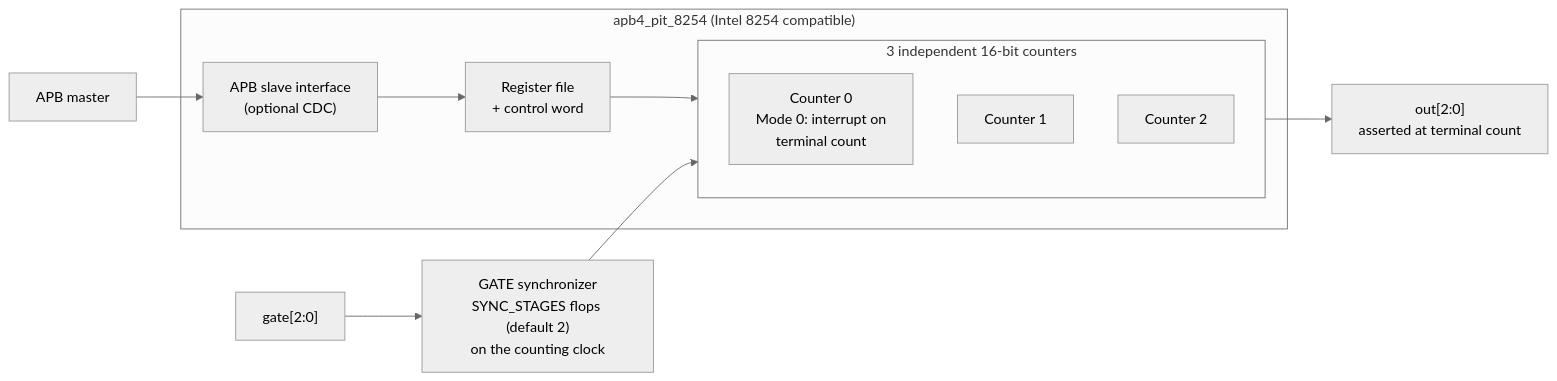
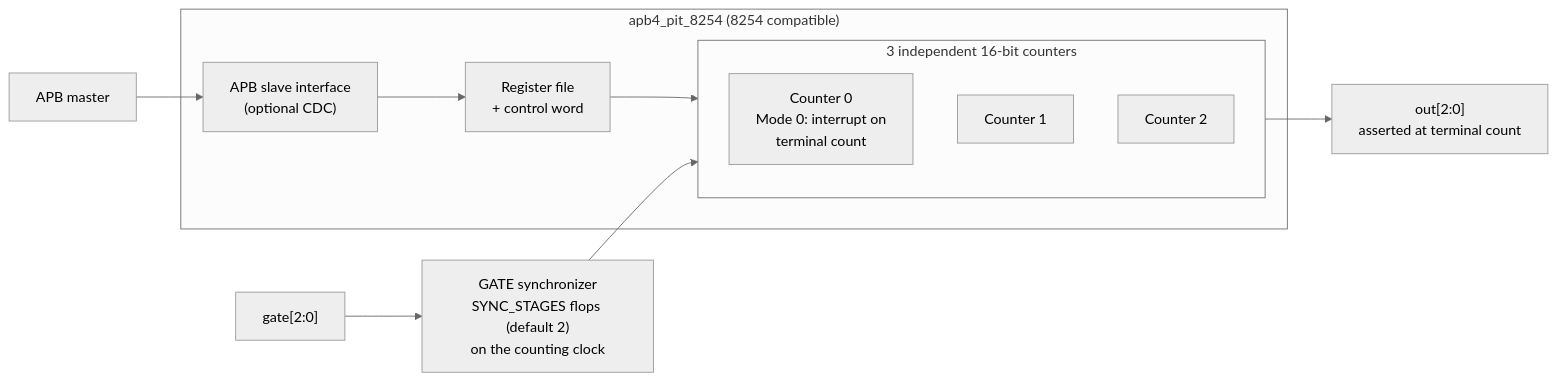
Before and after one commit to sean-galloway/RTLDesignSherpa: the diagram in projects/components/retro_legacy_blocks/docs/pit_8254_mas/assets/diagrams/apb4_pit_8254_blocks.mmd, drawn with Mermaid. The commit also changed 138 other files, not shown here.

```diff
--- a/projects/components/retro_legacy_blocks/docs/pit_8254_mas/assets/diagrams/apb4_pit_8254_blocks.mmd
+++ b/projects/components/retro_legacy_blocks/docs/pit_8254_mas/assets/diagrams/apb4_pit_8254_blocks.mmd
@@ -1,15 +1,15 @@
 %%{init: {'theme': 'neutral'}}%%
 flowchart LR
     APB["APB master"] --> IF
-    subgraph PIT["apb4_pit_8254 (Intel 8254 compatible)"]
+    subgraph PIT["apb4_pit_8254 (8254 compatible)"]
         IF["APB slave interface<br/>(optional CDC)"]
         RF["Register file<br/>+ control word"]
         subgraph CTRS["3 independent 16-bit counters"]
             C0["Counter 0<br/>Mode 0: interrupt on<br/>terminal count"]
             C1["Counter 1"]
             C2["Counter 2"]
         end
     end
     IF --> RF --> CTRS
     GATE["gate[2:0]"] --> SYNC["GATE synchronizer<br/>SYNC_STAGES flops (default 2)<br/>on the counting clock"] --> CTRS
     CTRS --> OUTP["out[2:0]<br/>asserted at terminal count"]
```
